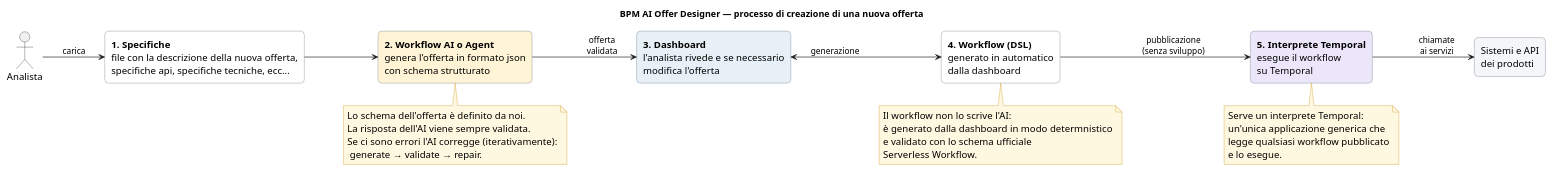
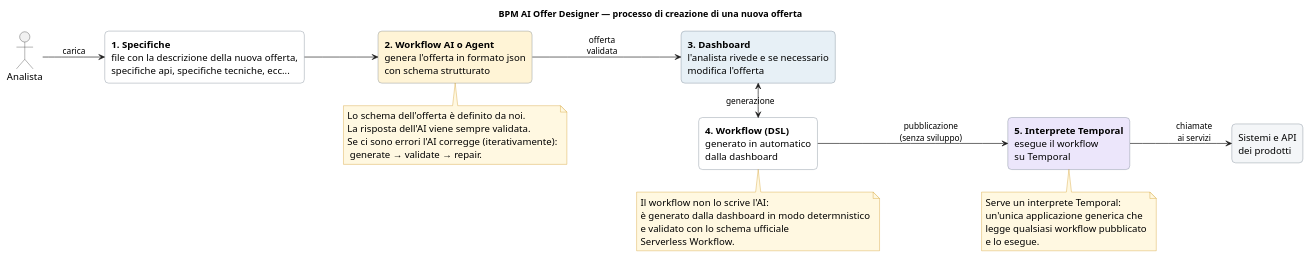
The diagram in processo-nuova-offerta.puml (Nunels/new-bpm-dashboard), drawn with PlantUML before and after one commit. The commit also changed 43 other files, not shown here.

```diff
--- a/processo-nuova-offerta.puml
+++ b/processo-nuova-offerta.puml
@@ -1,59 +1,59 @@
 @startuml processo-nuova-offerta
 title BPM AI Offer Designer — processo di creazione di una nuova offerta
 
 left to right direction
 skinparam shadowing false
 skinparam defaultFontName Segoe UI
 skinparam defaultFontSize 15
 skinparam ArrowFontSize 13
 skinparam rectangle {
   RoundCorner 12
   BorderColor #5B6B7B
 }
 skinparam note {
   BackgroundColor #FFF8E1
   BorderColor #C98A00
 }
 
 actor "Analista" as A
 
 rectangle "**1. Specifiche**\nfile con la descrizione della nuova offerta,\nspecifiche api, specifiche tecniche, ecc..." as S #FFFFFF
 
 rectangle "**2. Workflow AI o Agent**\ngenera l'offerta in formato json\ncon schema strutturato" as AI #FFF4D6
 
 rectangle "**3. Dashboard**\nl'analista rivede e se necessario\nmodifica l'offerta" as D #E7F0F6
 
 rectangle "**4. Workflow (DSL)**\ngenerato in automatico\ndalla dashboard" as W #FFFFFF
 
 rectangle "**5. Interprete Temporal**\nesegue il workflow\nsu Temporal" as T #ECE6FB
 
 rectangle "Sistemi e API\ndei prodotti" as SYS #F4F6F8
 
 A --> S : carica
 S --> AI
 AI --> D : offerta\nvalidata
-D <--> W : generazione
+D <-> W : generazione
 W --> T : pubblicazione\n(senza sviluppo)
 T --> SYS : chiamate\nai servizi
 
 note bottom of AI
   Lo schema dell'offerta è definito da noi.
   La risposta dell'AI viene sempre validata.
   Se ci sono errori l'AI corregge (iterativamente):
    generate → validate → repair.
 end note
 
 note bottom of W
   Il workflow non lo scrive l'AI:
   è generato dalla dashboard in modo determnistico
   e validato con lo schema ufficiale
   Serverless Workflow.
 end note
 
 note bottom of T
   Serve un interprete Temporal:
   un'unica applicazione generica che
   legge qualsiasi workflow pubblicato
   e lo esegue.
 end note
 @enduml
```
